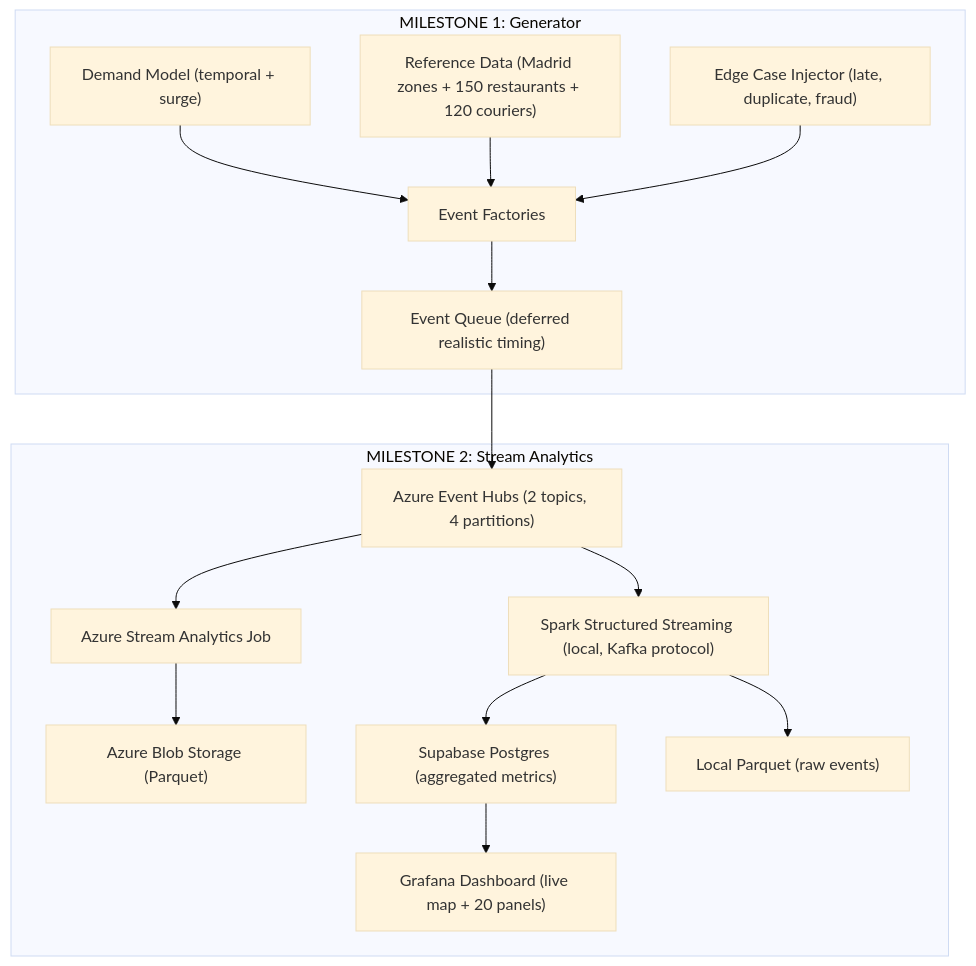
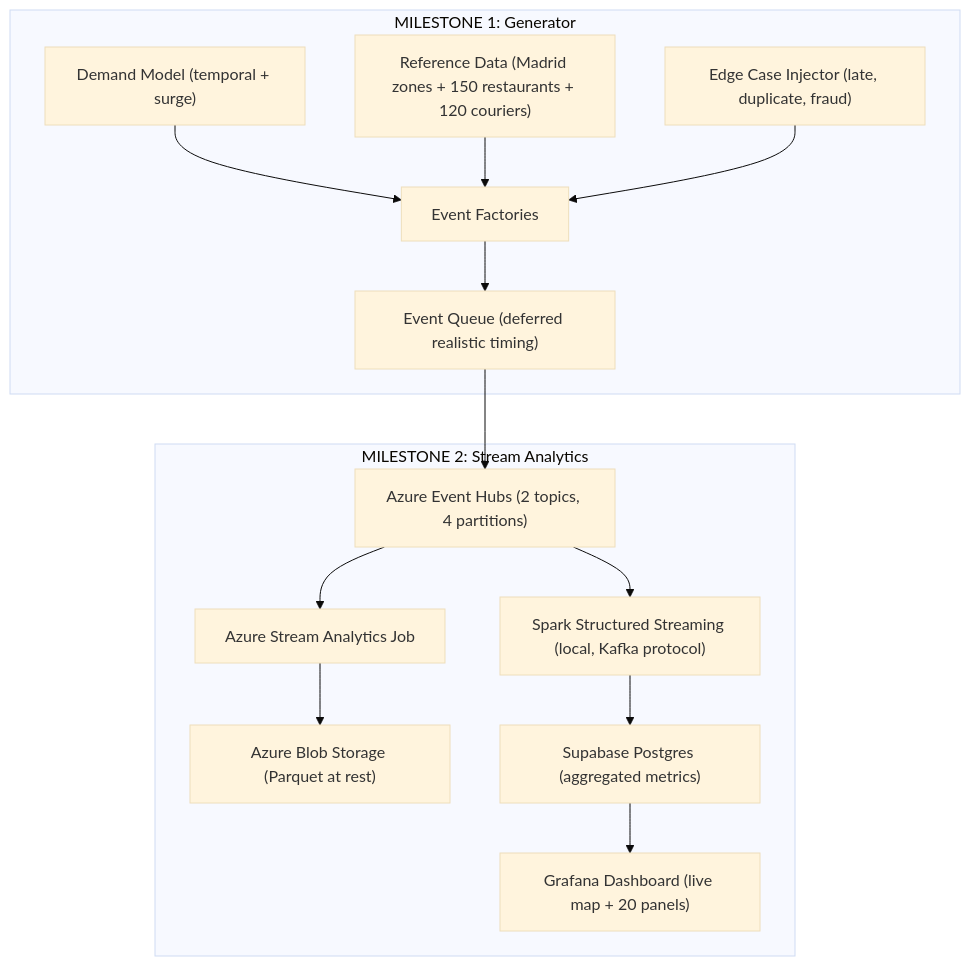
The first of 3 diagrams in README.md (beauuks/food-delivery-streaming), drawn with Mermaid (base theme) before and after one commit. The commit also changed other lines of this file and 5 other files, not shown here.

Commit message:
remove local parquet

````diff
--- a/README.md
+++ b/README.md
@@ -62,32 +62,30 @@
 ```mermaid
 flowchart TD
     subgraph M1 ["MILESTONE 1: Generator"]
         DM["Demand Model (temporal + surge)"]
         RD["Reference Data (Madrid zones + 150 restaurants + 120 couriers)"]
         EQ["Event Queue (deferred realistic timing)"]
         ECI["Edge Case Injector (late, duplicate, fraud)"]
         EF["Event Factories"]
 
         DM --> EF
         RD --> EF
         ECI --> EF
         EF --> EQ
     end
 
     subgraph M2 ["MILESTONE 2: Stream Analytics"]
         EH["Azure Event Hubs (2 topics, 4 partitions)"]
         ASA["Azure Stream Analytics Job"]
         SPARK["Spark Structured Streaming (local, Kafka protocol)"]
-        BLOB["Azure Blob Storage (Parquet)"]
+        BLOB["Azure Blob Storage (Parquet at rest)"]
         PG["Supabase Postgres (aggregated metrics)"]
         GRAF["Grafana Dashboard (live map + 20 panels)"]
-        LOCAL["Local Parquet (raw events)"]
 
         EH --> ASA --> BLOB
         EH --> SPARK
-        SPARK --> LOCAL
         SPARK --> PG --> GRAF
     end
 
     EQ --> EH
 ```
````
